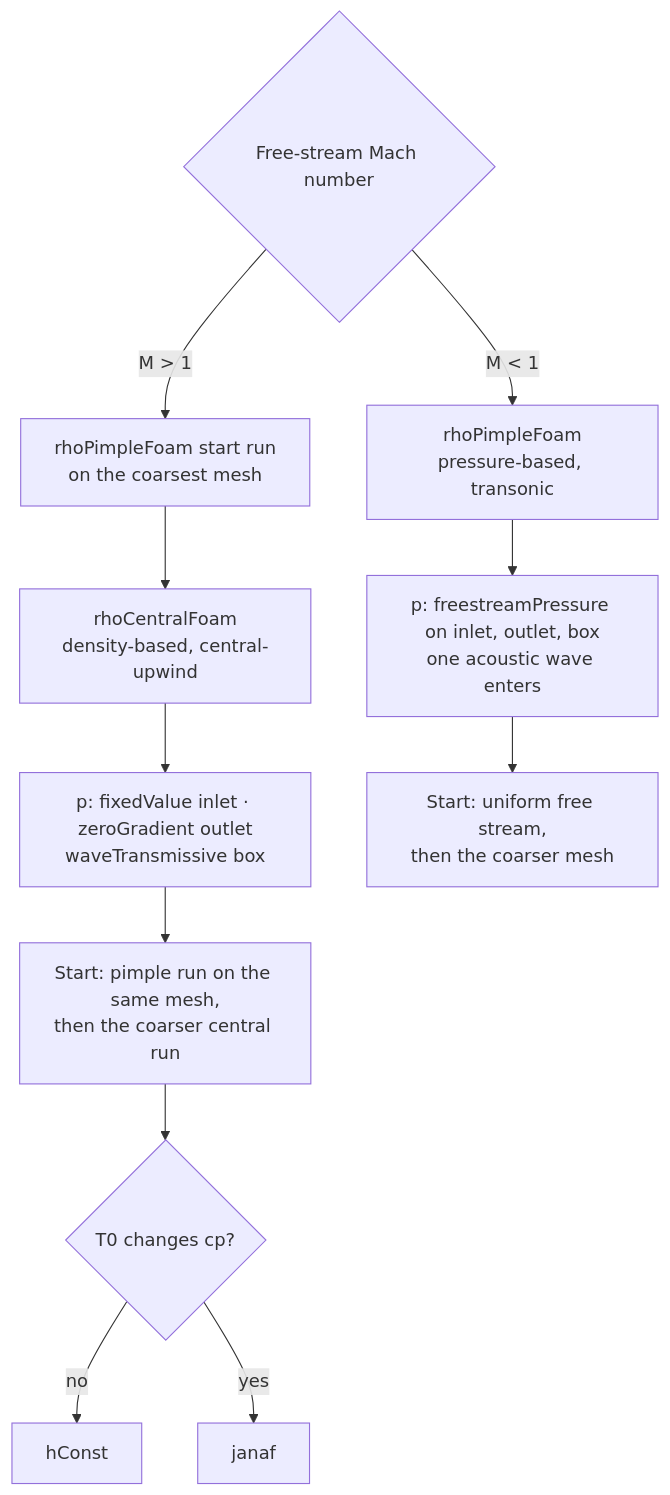
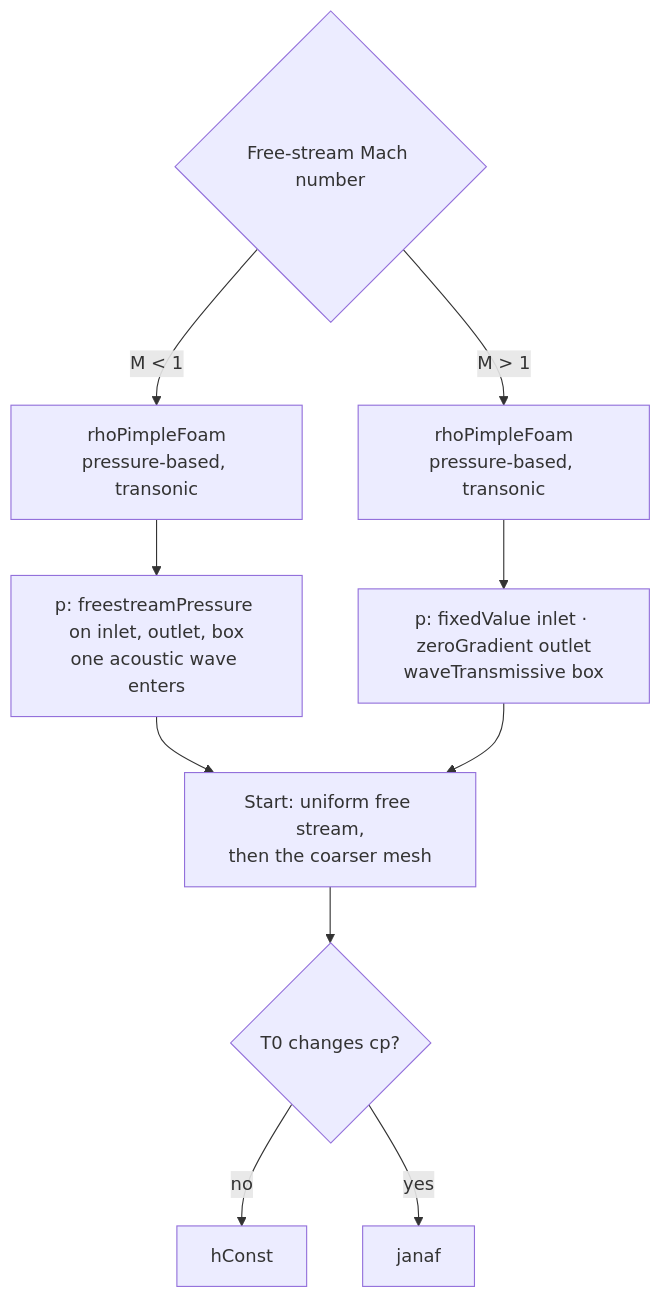
One commit to vnemegabriel/CFD-ITBA-ROCKETRY changed the diagram in flightModel/docs/guide/figures/src/mach.mmd. Above: the diagram before and after it, drawn with Mermaid. The commit also changed 16 other files, not shown here.

First line of the commit message:
Barrido completo en rhoPimpleFoam; rhoCentralFoam fuera del cálculo de Cd

```diff
--- a/flightModel/docs/guide/figures/src/mach.mmd
+++ b/flightModel/docs/guide/figures/src/mach.mmd
@@ -1,12 +1,11 @@
 flowchart TB
   M{"Free-stream Mach number"}
   M -- "M < 1" --> S1["rhoPimpleFoam<br/>pressure-based, transonic"]
-  M -- "M > 1" --> P1["rhoPimpleFoam start run<br/>on the coarsest mesh"]
-  P1 --> C1["rhoCentralFoam<br/>density-based, central-upwind"]
+  M -- "M > 1" --> C1["rhoPimpleFoam<br/>pressure-based, transonic"]
   S1 --> BS["p: freestreamPressure on inlet, outlet, box<br/>one acoustic wave enters"]
   C1 --> BC["p: fixedValue inlet · zeroGradient outlet<br/>waveTransmissive box"]
   BS --> I1["Start: uniform free stream,<br/>then the coarser mesh"]
-  BC --> I2["Start: pimple run on the same mesh,<br/>then the coarser central run"]
-  I2 --> T{"T0 changes cp?"}
+  BC --> I1
+  I1 --> T{"T0 changes cp?"}
   T -- "no" --> H1["hConst"]
   T -- "yes" --> H2["janaf"]
```
